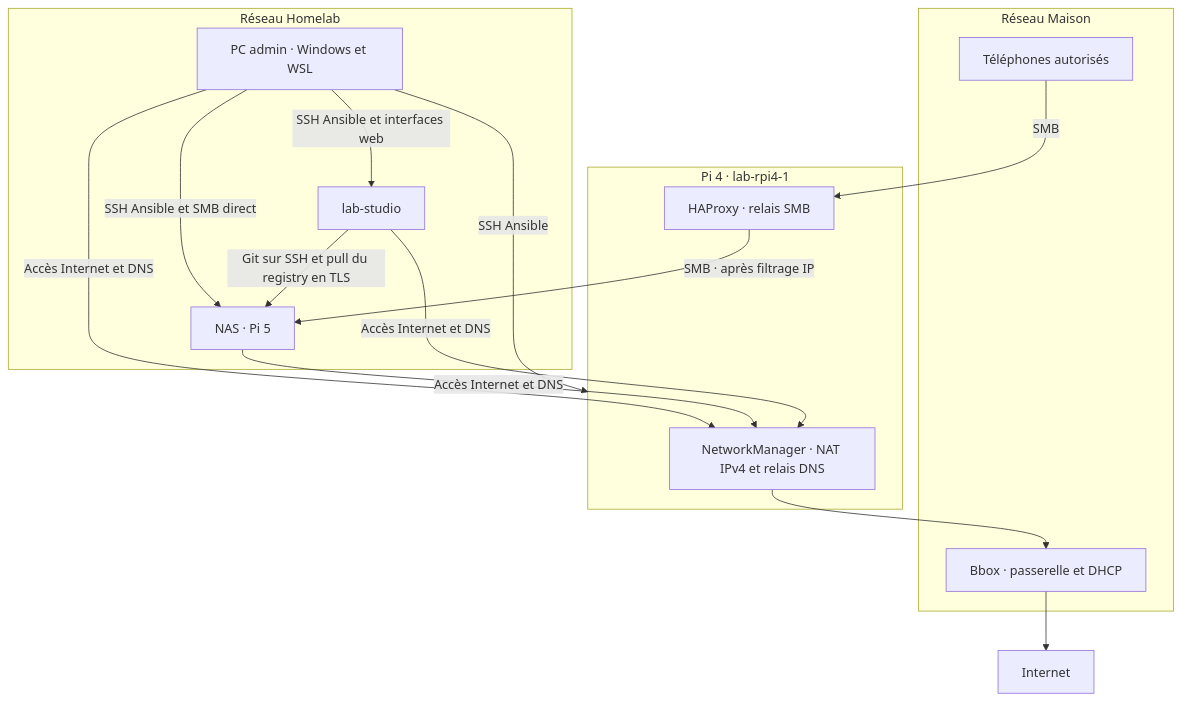
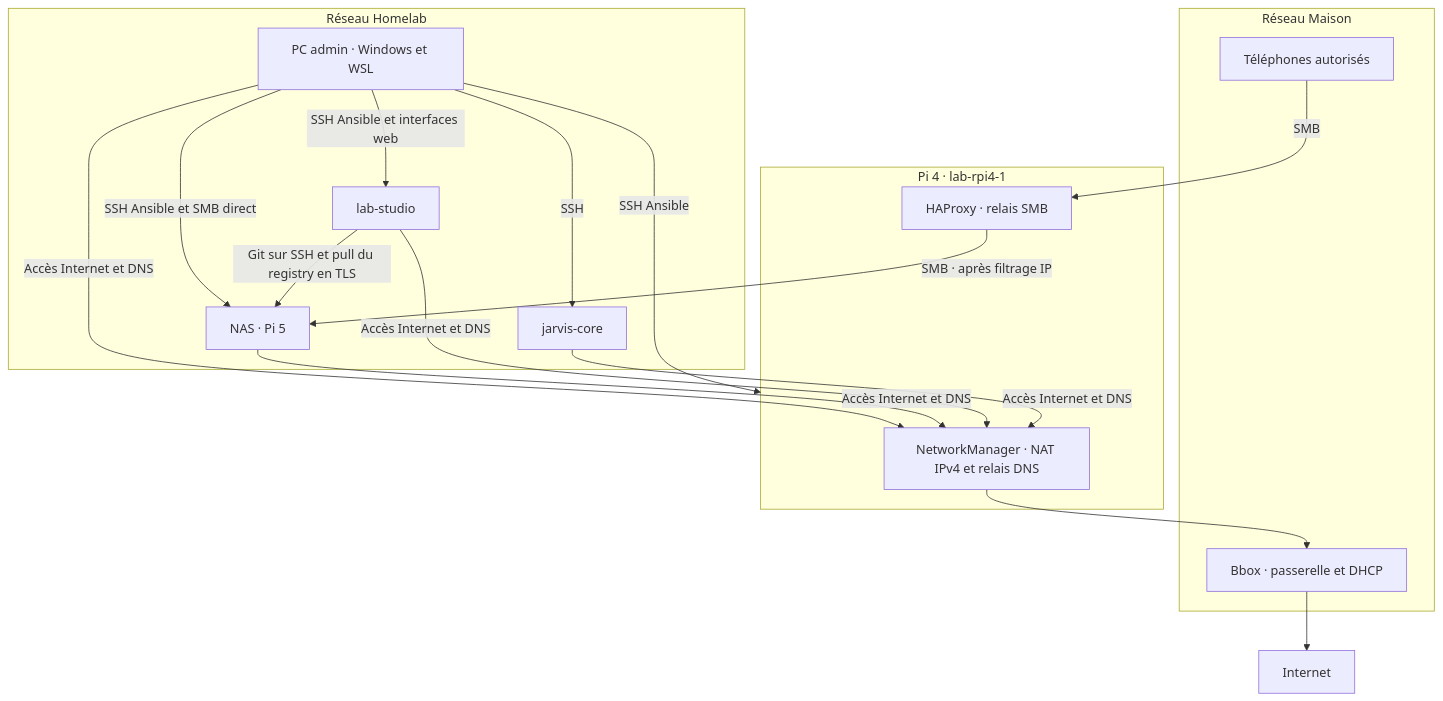
The first of 2 diagrams in doc/architecture/topologie-logique.md (LaoTseu0/homelab), drawn with Mermaid before and after one commit. The commit also changed 7 other files, not shown here.

First line of the commit message:
Documenter jarvis-core et la sécurité des accès

````diff
--- a/doc/architecture/topologie-logique.md
+++ b/doc/architecture/topologie-logique.md
@@ -5,32 +5,35 @@
 ```mermaid
 flowchart TD
     internet["Internet"]
 
     subgraph maison["Réseau Maison"]
         bbox["Bbox · passerelle et DHCP"]
         phones["Téléphones autorisés"]
     end
 
     subgraph passerelle["Pi 4 · lab-rpi4-1"]
         routage["NetworkManager · NAT IPv4 et relais DNS"]
         proxy["HAProxy · relais SMB"]
     end
 
     subgraph lab["Réseau Homelab"]
         admin["PC admin · Windows et WSL"]
         nas["NAS · Pi 5"]
         studio["lab-studio"]
+        jcore["jarvis-core"]
     end
 
     admin -->|"Accès Internet et DNS"| routage
     nas -->|"Accès Internet et DNS"| routage
     studio -->|"Accès Internet et DNS"| routage
+    jcore -->|"Accès Internet et DNS"| routage
     routage --> bbox
     bbox --> internet
     phones -->|"SMB"| proxy
     proxy -->|"SMB · après filtrage IP"| nas
     admin -->|"SSH Ansible et SMB direct"| nas
     admin -->|"SSH Ansible"| passerelle
     admin -->|"SSH Ansible et interfaces web"| studio
+    admin -->|"SSH"| jcore
     studio -->|"Git sur SSH et pull du registry en TLS"| nas
 ```
````
